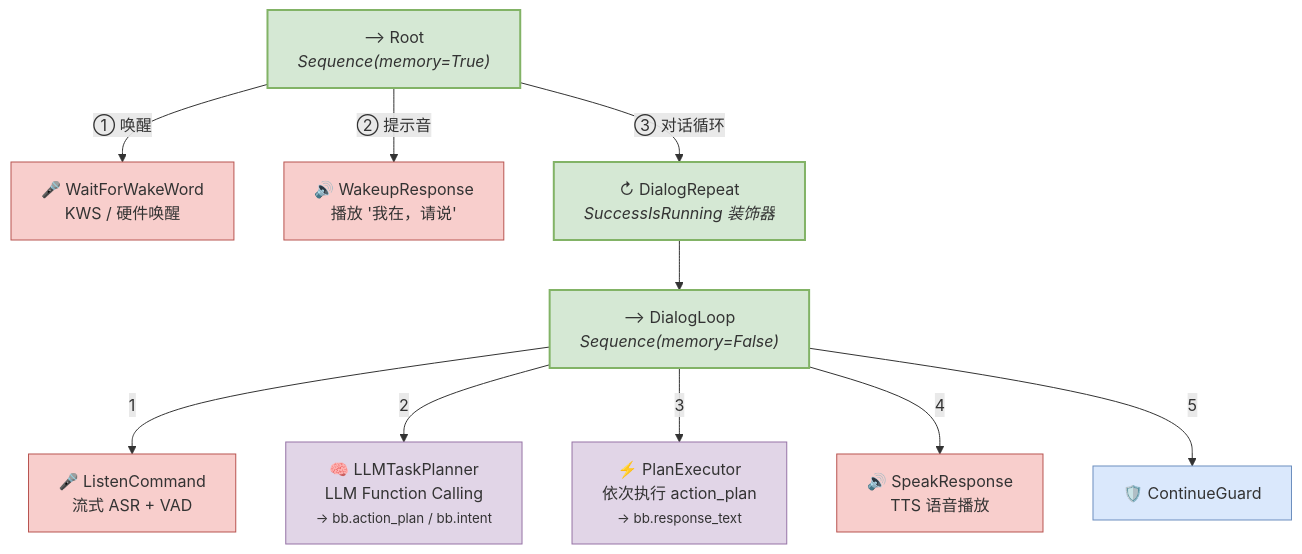
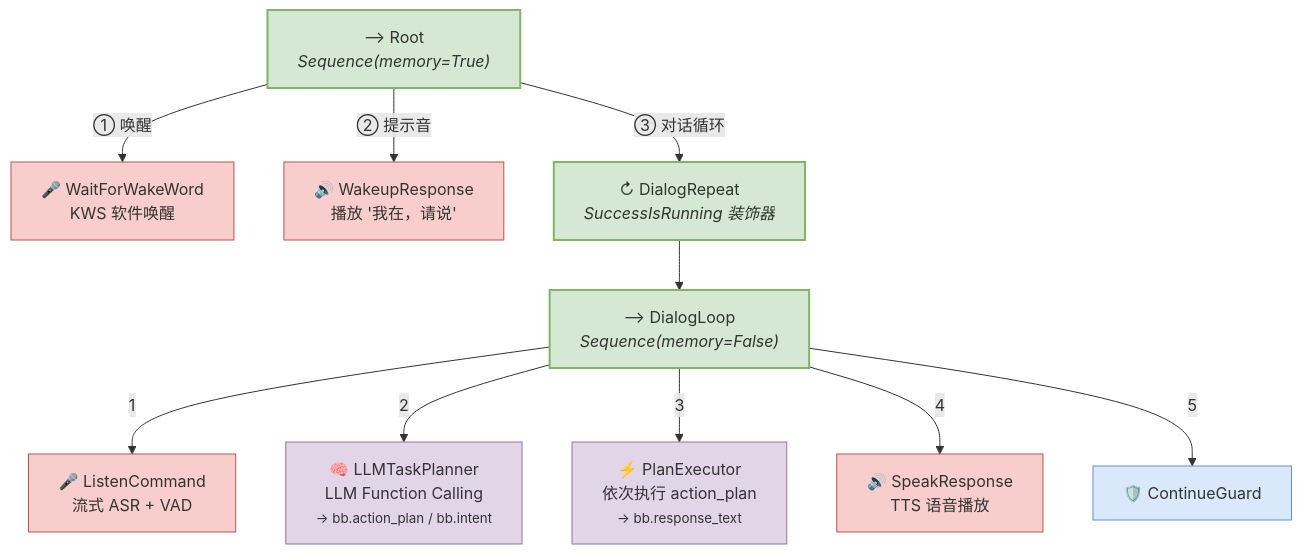
Before and after one commit to QiuYuCode/smart-voice-robot: the third of 7 diagrams in README.md, drawn with Mermaid. The commit also changed other lines of this file and 10 other files, not shown here.

````diff
--- a/README.md
+++ b/README.md
@@ -156,34 +155,34 @@
 ```mermaid
 graph TD
     Root2["⟶ Root<br/><i>Sequence(memory=True)</i>"]
-    WakeWord2["🎤 WaitForWakeWord<br/>KWS / 硬件唤醒"]
+    WakeWord2["🎤 WaitForWakeWord<br/>KWS 软件唤醒"]
     WakeupSound2["🔊 WakeupResponse<br/>播放 '我在，请说'"]
     DialogRepeat2["↻ DialogRepeat<br/><i>SuccessIsRunning 装饰器</i>"]
     DialogLoop2["⟶ DialogLoop<br/><i>Sequence(memory=False)</i>"]
     Listen2["🎤 ListenCommand<br/>流式 ASR + VAD"]
     Planner["🧠 LLMTaskPlanner<br/>LLM Function Calling<br/><small>→ bb.action_plan / bb.intent</small>"]
     Executor["⚡ PlanExecutor<br/>依次执行 action_plan<br/><small>→ bb.response_text</small>"]
     Speak2["🔊 SpeakResponse<br/>TTS 语音播放"]
     Guard2["🛡️ ContinueGuard"]
 
     Root2 -->|"① 唤醒"| WakeWord2
     Root2 -->|"② 提示音"| WakeupSound2
     Root2 -->|"③ 对话循环"| DialogRepeat2
     DialogRepeat2 --> DialogLoop2
     DialogLoop2 -->|"1"| Listen2
     DialogLoop2 -->|"2"| Planner
     DialogLoop2 -->|"3"| Executor
     DialogLoop2 -->|"4"| Speak2
     DialogLoop2 -->|"5"| Guard2
 
     style Root2 fill:#d5e8d4,stroke:#82b366,stroke-width:2px
     style DialogRepeat2 fill:#d5e8d4,stroke:#82b366,stroke-width:2px
     style DialogLoop2 fill:#d5e8d4,stroke:#82b366,stroke-width:2px
     style WakeWord2 fill:#f8cecc,stroke:#b85450
     style WakeupSound2 fill:#f8cecc,stroke:#b85450
     style Listen2 fill:#f8cecc,stroke:#b85450
     style Planner fill:#e1d5e7,stroke:#9673a6
     style Executor fill:#e1d5e7,stroke:#9673a6
     style Speak2 fill:#f8cecc,stroke:#b85450
     style Guard2 fill:#dae8fc,stroke:#6c8ebf
 ```
````
